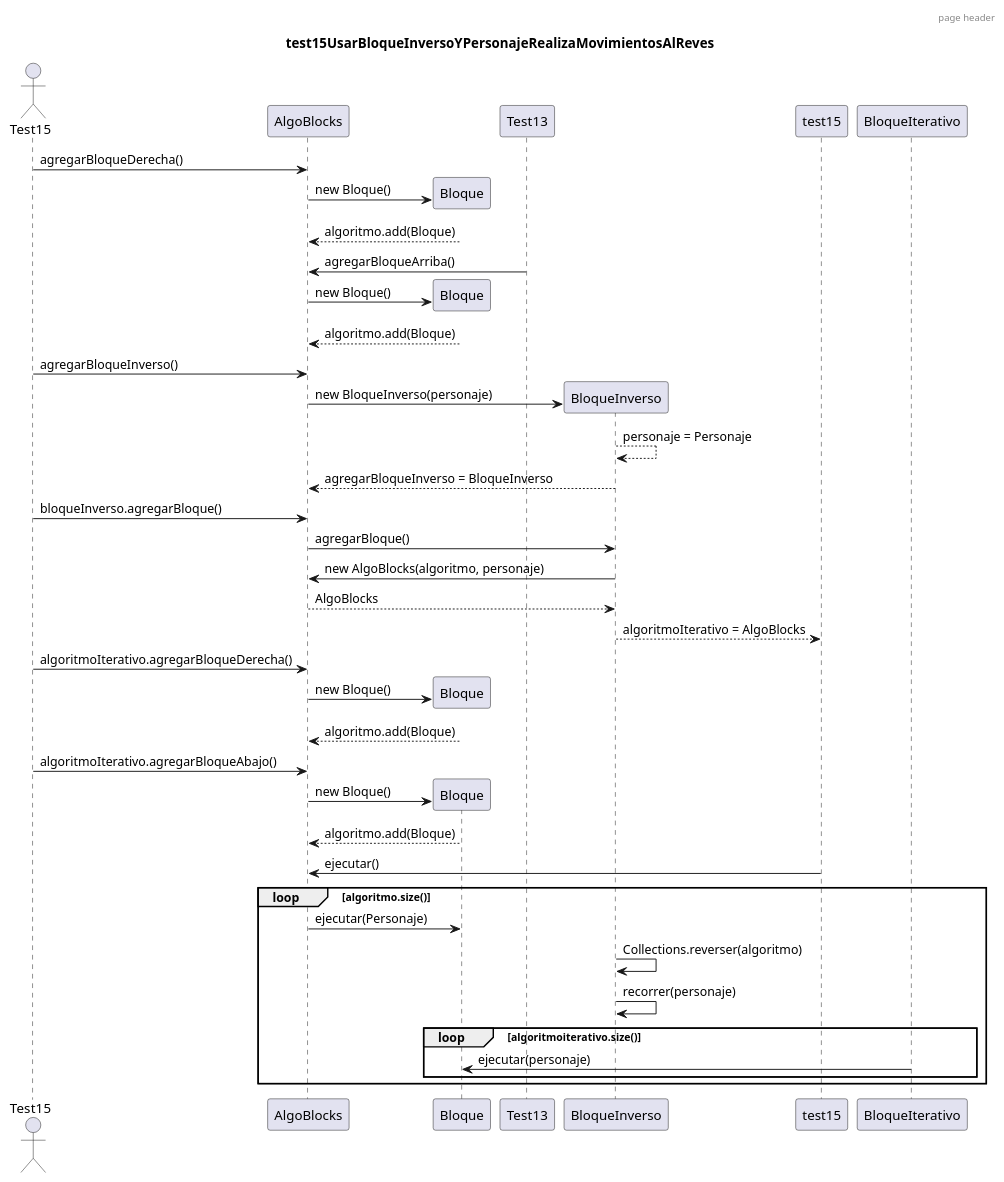
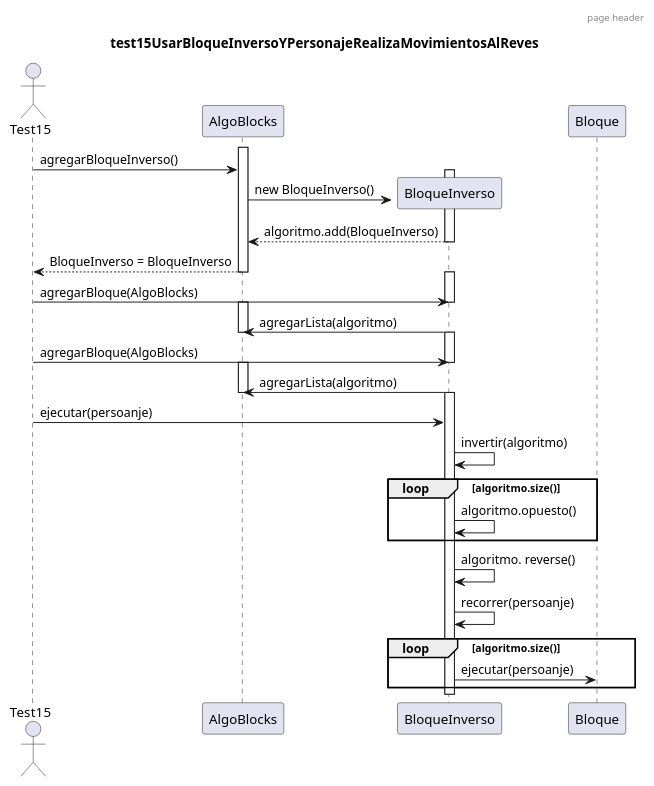
Before and after one commit to trinibucc/TP2-AlgoBlocks: the diagram in Diagramas UML/Secuencia/Secuencia de BloqueInverso.puml, drawn with PlantUML. The commit also changed 6 other files, not shown here.

Commit message:
Actualize diagramas de secuencias

```diff
--- a/Diagramas UML/Secuencia/Secuencia de BloqueInverso.puml
+++ b/Diagramas UML/Secuencia/Secuencia de BloqueInverso.puml
@@ -1,42 +1,41 @@
 @startuml
 
 header page header
 title test15UsarBloqueInversoYPersonajeRealizaMovimientosAlReves
 actor Test15
 
-Test15 -> AlgoBlocks: agregarBloqueDerecha()
-create Bloque
-AlgoBlocks -> Bloque: new Bloque()
-Bloque --> AlgoBlocks: algoritmo.add(Bloque)
-Test13 -> AlgoBlocks: agregarBloqueArriba()
-create Bloque
-AlgoBlocks -> Bloque: new Bloque()
-Bloque --> AlgoBlocks: algoritmo.add(Bloque)
+activate AlgoBlocks
 Test15 -> AlgoBlocks: agregarBloqueInverso()
 create BloqueInverso
-AlgoBlocks -> BloqueInverso: new BloqueInverso(personaje)
-BloqueInverso --> BloqueInverso: personaje = Personaje
-BloqueInverso --> AlgoBlocks: agregarBloqueInverso = BloqueInverso
-Test15 -> AlgoBlocks: bloqueInverso.agregarBloque()
-AlgoBlocks -> BloqueInverso: agregarBloque()
-BloqueInverso -> AlgoBlocks: new AlgoBlocks(algoritmo, personaje)
-AlgoBlocks --> BloqueInverso: AlgoBlocks
-BloqueInverso --> test15: algoritmoIterativo = AlgoBlocks
-Test15 -> AlgoBlocks: algoritmoIterativo.agregarBloqueDerecha()
-create Bloque
-AlgoBlocks -> Bloque: new Bloque()
-Bloque --> AlgoBlocks: algoritmo.add(Bloque)
-Test15 -> AlgoBlocks: algoritmoIterativo.agregarBloqueAbajo()
-create Bloque
-AlgoBlocks -> Bloque: new Bloque()
-Bloque --> AlgoBlocks: algoritmo.add(Bloque)
-test15 -> AlgoBlocks: ejecutar()
+activate BloqueInverso
+AlgoBlocks -> BloqueInverso: new BloqueInverso()
+BloqueInverso --> AlgoBlocks: algoritmo.add(BloqueInverso)
+deactivate BloqueInverso
+AlgoBlocks --> Test15: BloqueInverso = BloqueInverso
+deactivate AlgoBlocks
+activate BloqueInverso
+Test15 -> BloqueInverso: agregarBloque(AlgoBlocks)
+deactivate BloqueInverso
+activate AlgoBlocks
+BloqueInverso -> AlgoBlocks: agregarLista(algoritmo)
+deactivate AlgoBlocks
+activate BloqueInverso
+Test15 -> BloqueInverso: agregarBloque(AlgoBlocks)
+deactivate BloqueInverso
+activate AlgoBlocks
+BloqueInverso -> AlgoBlocks: agregarLista(algoritmo)
+deactivate AlgoBlocks
+activate BloqueInverso
+Test15 -> BloqueInverso: ejecutar(persoanje)
+BloqueInverso -> BloqueInverso: invertir(algoritmo)
 loop algoritmo.size()
-    AlgoBlocks -> Bloque: ejecutar(Personaje)
-    BloqueInverso -> BloqueInverso: Collections.reverser(algoritmo)
-    BloqueInverso -> BloqueInverso: recorrer(personaje)
-    loop algoritmoiterativo.size()
-        BloqueIterativo -> Bloque: ejecutar(personaje)
-    end
+    BloqueInverso -> BloqueInverso: algoritmo.opuesto()
 end
+BloqueInverso -> BloqueInverso: algoritmo. reverse()
+BloqueInverso -> BloqueInverso: recorrer(persoanje)
+loop algoritmo.size()
+    BloqueInverso -> Bloque: ejecutar(persoanje)
+end
+deactivate BloqueInverso
+
 @enduml
```
